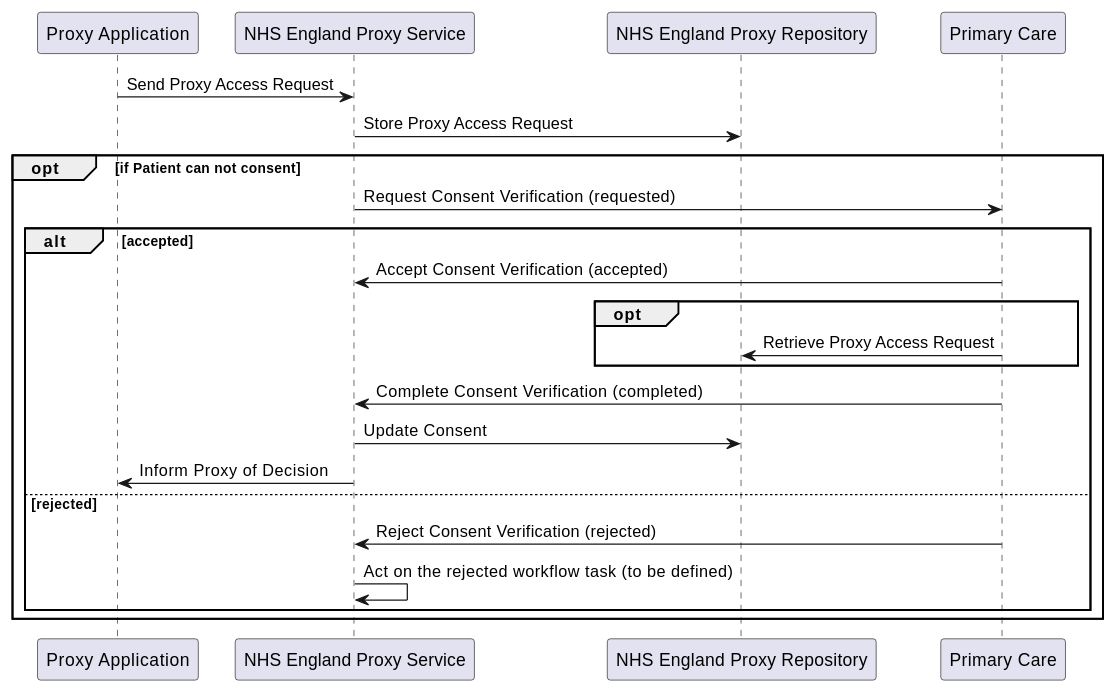
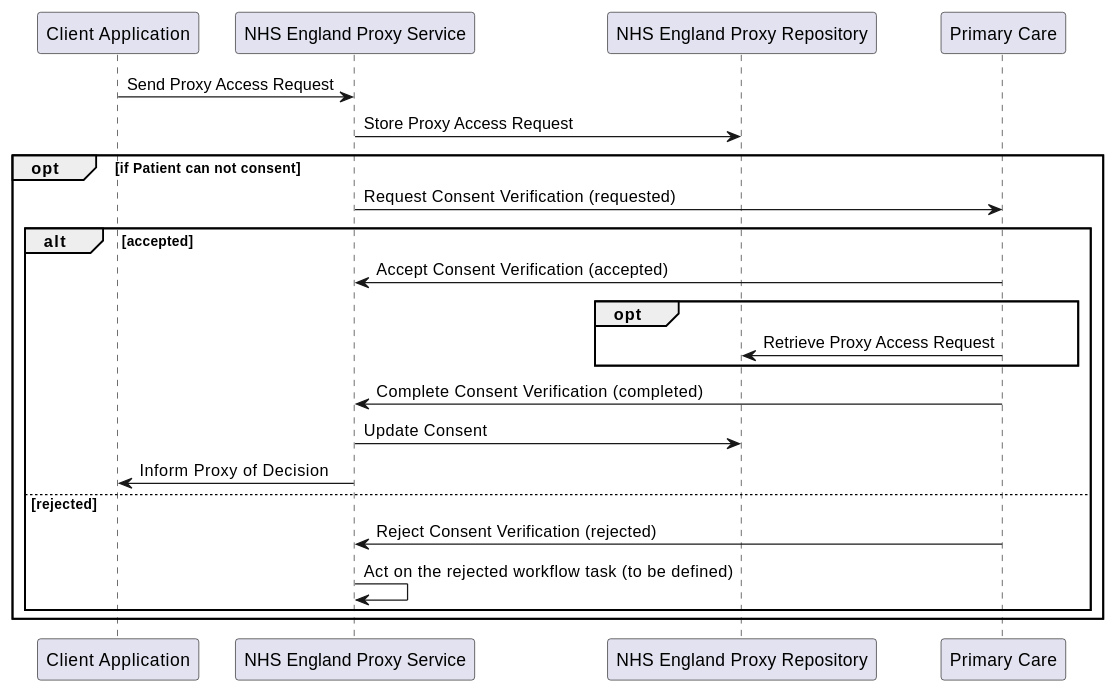
The diagram in NHSEnglandProgrammeImplementationGuides/backup/guides/National-Proxy-Service/Home/Design/Scenario-Request-Access-and-Create-a-Relationship/Index.page.md (NHSDigital/IOPS-FHIR-Simplifier-Backup), drawn with PlantUML before and after one commit. The commit also changed other lines of this file and 67 other files, not shown here.

```diff
--- a/NHSEnglandProgrammeImplementationGuides/backup/guides/National-Proxy-Service/Home/Design/Scenario-Request-Access-and-Create-a-Relationship/Index.page.md
+++ b/NHSEnglandProgrammeImplementationGuides/backup/guides/National-Proxy-Service/Home/Design/Scenario-Request-Access-and-Create-a-Relationship/Index.page.md
@@ -17,26 +22,26 @@
 @startuml
 
-participant proxy as "Proxy Application"
+participant proxy as "Client Application"
 participant service as "NHS England Proxy Service"
 participant repository as "NHS England Proxy Repository"
 participant gp as "Primary Care"
 
 proxy -> service : Send Proxy Access Request
 service -> repository: Store Proxy Access Request
 opt if Patient can not consent
 service -> gp: Request Consent Verification (requested)
 alt accepted 
 gp -> service : Accept Consent Verification (accepted)
 opt
   gp -> repository: Retrieve Proxy Access Request
 end 
 gp -> service : Complete Consent Verification (completed)
 service -> repository: Update Consent
 service -> proxy : Inform Proxy of Decision
 else rejected
 gp -> service : Reject Consent Verification (rejected)
 service -> service : Act on the rejected workflow task (to be defined)
 end 
 end
 
 @enduml
```
